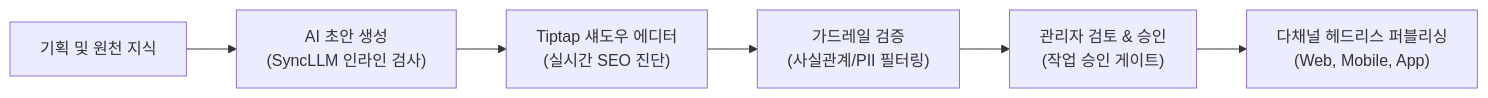
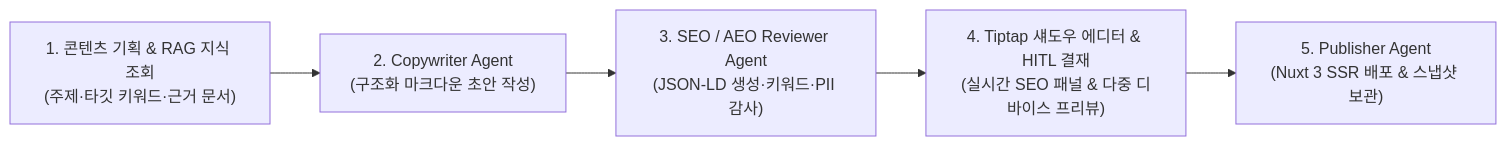
One commit to DramaticCollaboration/doc.github.io changed the diagram in ko/synccms/ai-content-workflow.md. Above: the diagram before and after it, drawn with Mermaid. The commit also changed other lines of this file and 437 other files, not shown here.

````diff
--- a/ko/synccms/ai-content-workflow.md
+++ b/ko/synccms/ai-content-workflow.md
@@ -17,8 +19,7 @@
 ```mermaid
 flowchart LR
-    Ideation["기획 및 원천 지식"] --> Draft["AI 초안 생성\n(SyncLLM 인라인 검사)"]
-    Draft --> Editor["Tiptap 섀도우 에디터\n(실시간 SEO 진단)"]
-    Editor --> Guardrail["가드레일 검증\n(사실관계/PII 필터링)"]
-    Guardrail --> HITL["관리자 검토 & 승인\n(작업 승인 게이트)"]
-    HITL --> Publish["다채널 헤드리스 퍼블리싱\n(Web, Mobile, App)"]
+    Ideation["1. 콘텐츠 기획 & RAG 지식 조회\n(주제·타깃 키워드·근거 문서)"] --> Copywriter["2. Copywriter Agent\n(구조화 마크다운 초안 작성)"]
+    Copywriter --> Reviewer["3. SEO / AEO Reviewer Agent\n(JSON-LD 생성·키워드·PII 감사)"]
+    Reviewer --> Editor["4. Tiptap 섀도우 에디터 & HITL 결재\n(실시간 SEO 패널 & 다중 디바이스 프리뷰)"]
+    Editor --> Publisher["5. Publisher Agent\n(Nuxt 3 SSR 배포 & 스냅샷 보관)"]
 ```
````
